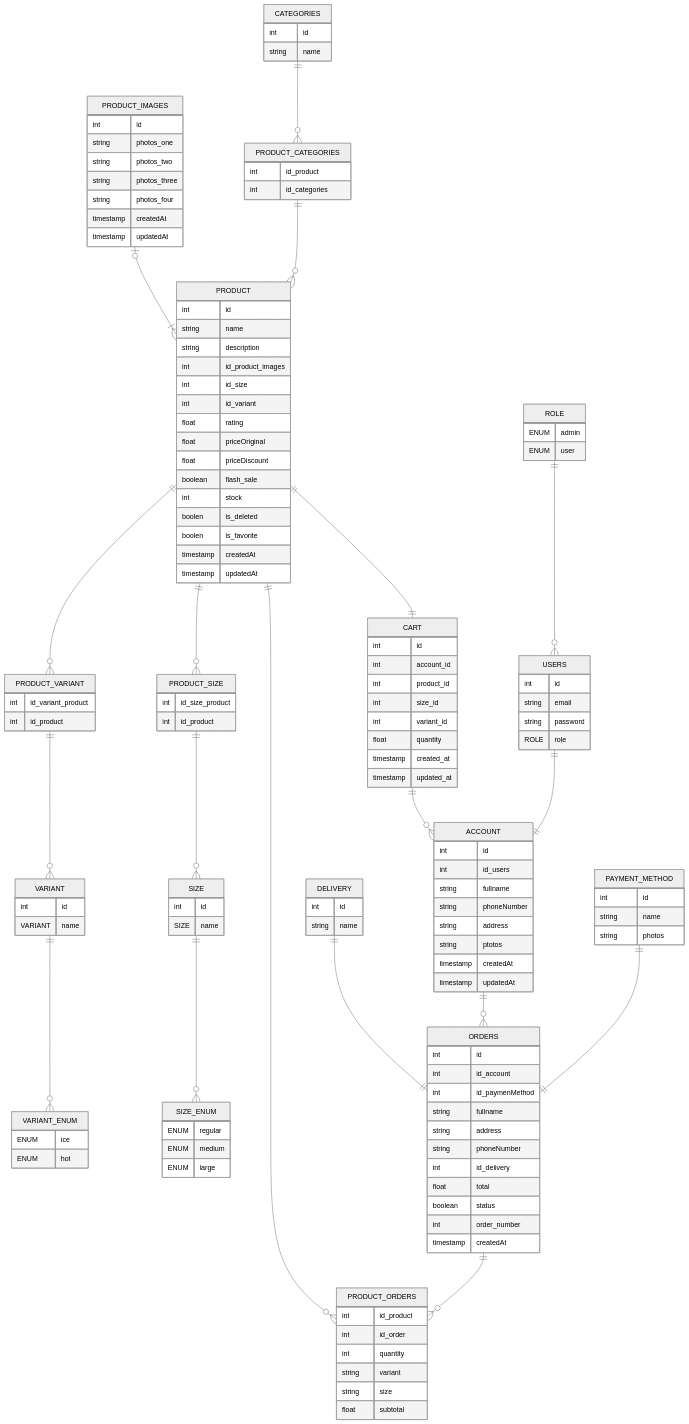
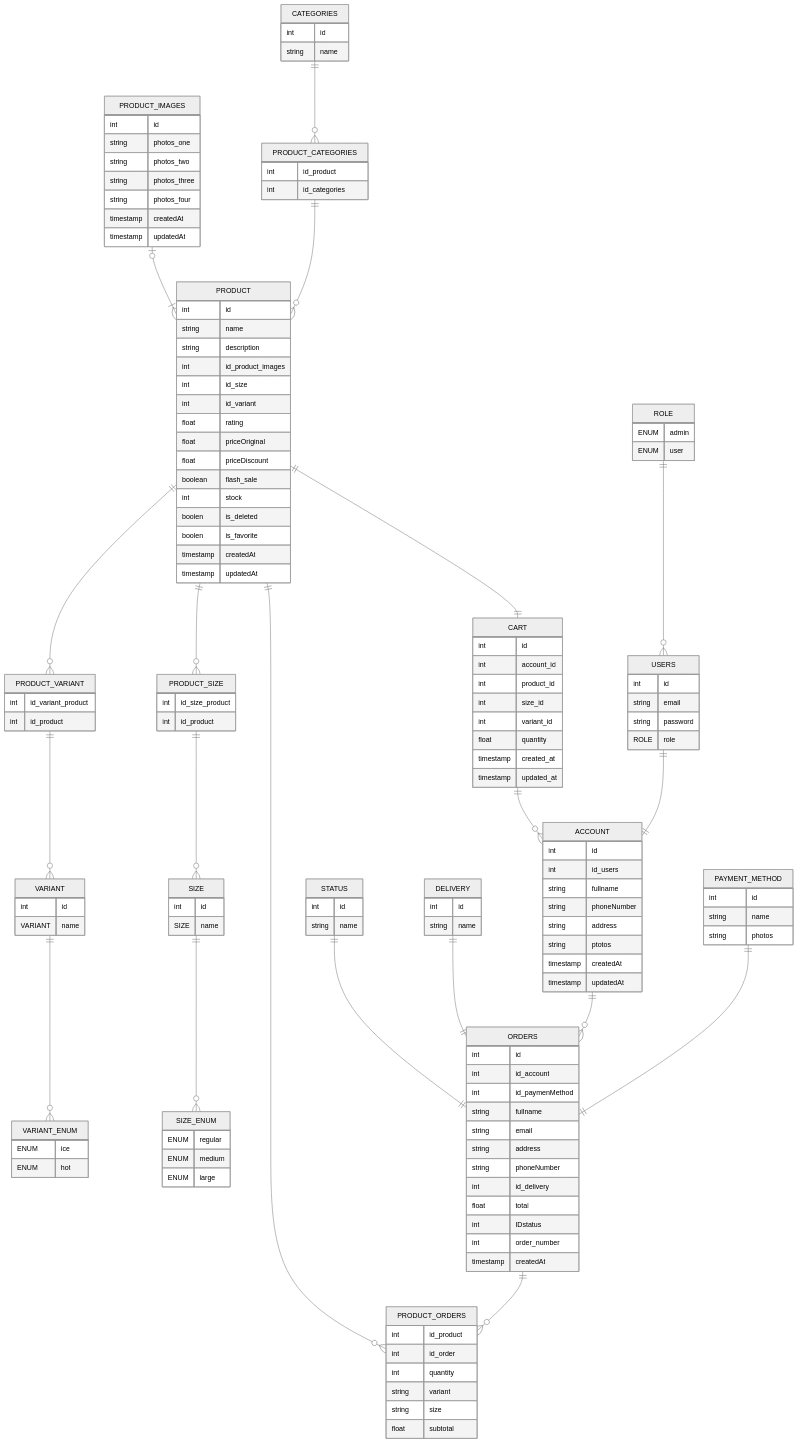
Before and after one commit to federus1105/koda-b4-backend: the diagram in README.md, drawn with Mermaid (neutral theme).

Commit message:
Feat ( readme ) : table status on erd for table orders

````diff
--- a/README.md
+++ b/README.md
@@ -73,11 +73,12 @@
     int id_account
     int id_paymenMethod
     string fullname
+    string email
     string address
     string phoneNumber
     int id_delivery
     float total
-    boolean status 
+    int IDstatus 
     int order_number
     timestamp createdAt
 }
@@ -146,6 +147,11 @@
     timestamp updated_at
 }
 
+STATUS {
+    int id
+    string name 
+}
+
 
     ROLE ||--o{ USERS : ""
     USERS ||--|| ACCOUNT : ""
@@ -175,5 +181,7 @@
     CART||--o{ACCOUNT:""
     PRODUCT||--||CART:""
 
+    STATUS ||--||ORDERS:""
+
 
 ```
````
